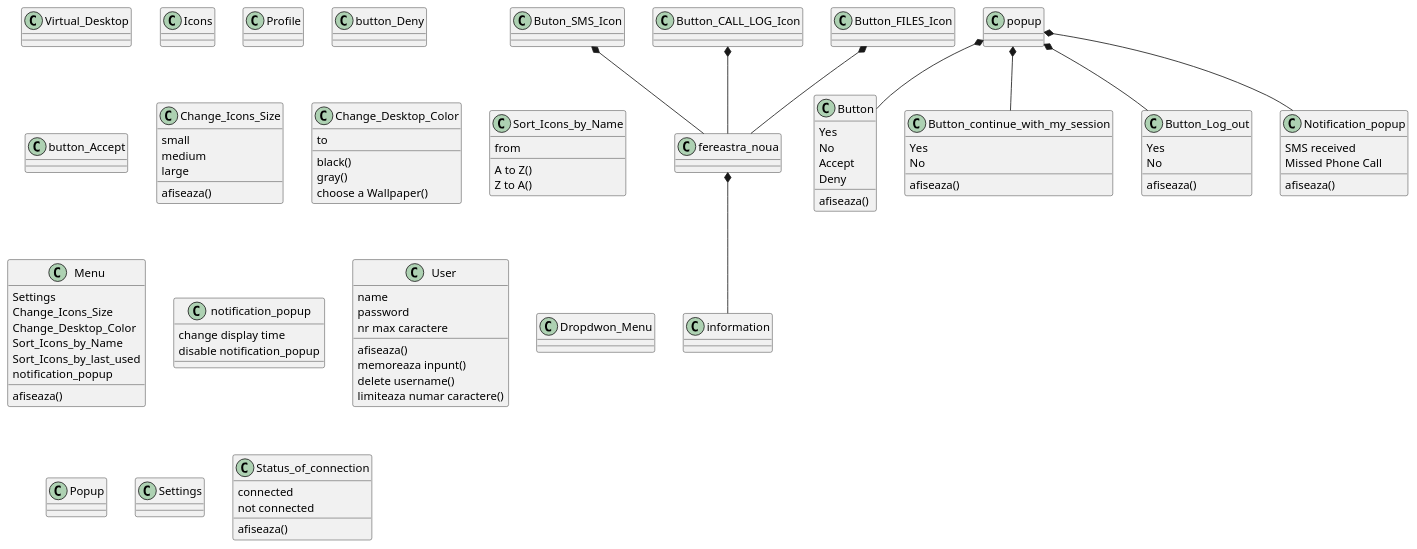
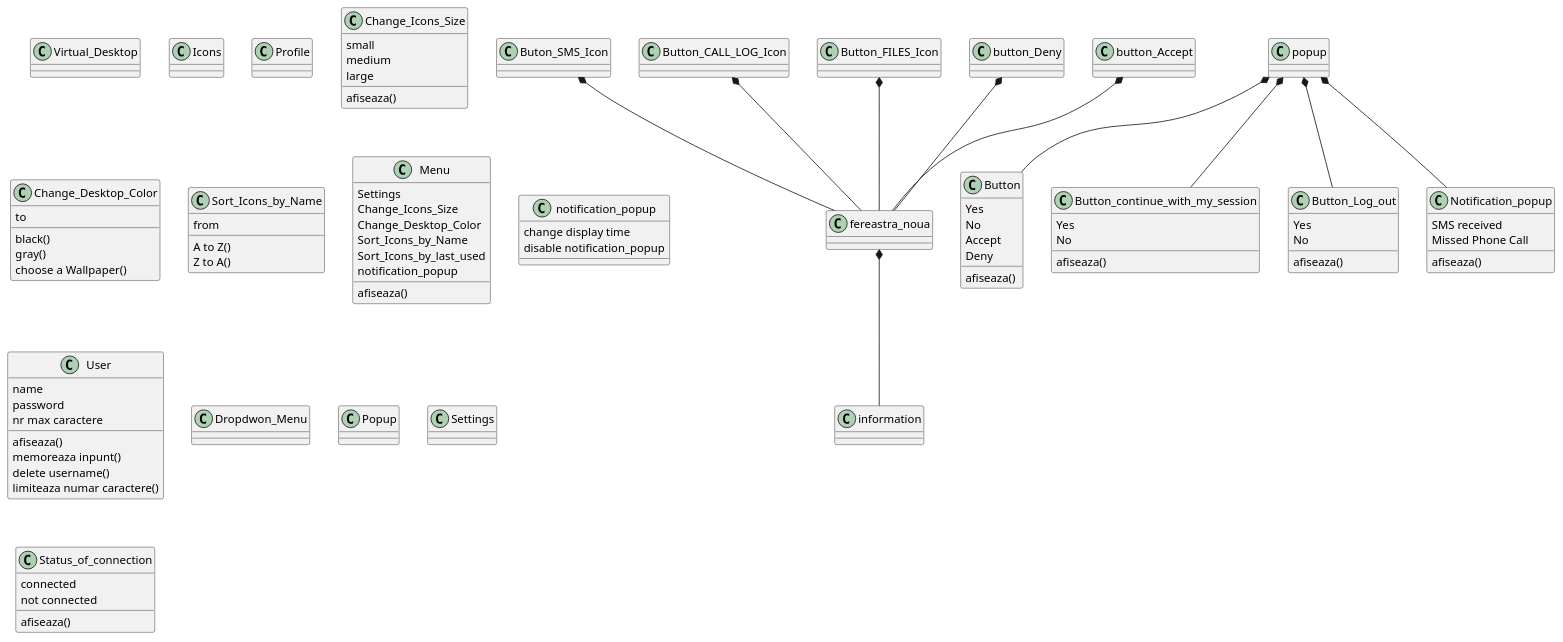
The diagram in Class Diagram.puml (ofrasia/Remote_Phone_App_1), drawn with PlantUML before and after one commit.

Commit message:
Class Diagram update

```diff
--- a/Class Diagram.puml
+++ b/Class Diagram.puml
@@ -1,111 +1,113 @@
 @startuml
 class Virtual_Desktop {
 }
 class Icons {
 }
 class Buton_SMS_Icon {
 }
 class Button_CALL_LOG_Icon {
 }
 class Button_FILES_Icon {
 }
 class Profile {
 }
 class button_Deny {
 }
 class button_Accept
 popup *-- Button
 popup *-- Button_continue_with_my_session
 popup *-- Button_Log_out
 popup *-- Notification_popup
 
 class Button_Log_out {
 afiseaza()
 Yes
 No
 }
 class Button_continue_with_my_session {
 afiseaza()
 Yes
 No
 }
 
 class Change_Icons_Size {
 small
 medium
 large
 afiseaza()
 }
 
 class Change_Desktop_Color {
 to
 black()
 gray()
 choose a Wallpaper()
 }
 
 class Sort_Icons_by_Name {
 from
 A to Z()
 Z to A()
 }
 
 class Menu{
 Settings
 afiseaza()
 Change_Icons_Size
 Change_Desktop_Color
 Sort_Icons_by_Name
 Sort_Icons_by_last_used
 notification_popup
 }
 
 
 class notification_popup {
 change display time
 disable notification_popup
 }
 
 class User {
 name
 password
 nr max caractere
 afiseaza()
 memoreaza inpunt()
 delete username()
 limiteaza numar caractere()
 }
 class Dropdwon_Menu {
 }
 class Popup {
 
 }
 class Settings {
 }
 class Status_of_connection {
 connected
 not connected
 afiseaza()
 }
 class fereastra_noua {
 }
 class Button {
 Yes
 No
 Accept
 Deny
 afiseaza()
 }
 
 class Notification_popup {
 SMS received
 Missed Phone Call
 afiseaza()
 }
 class information
 fereastra_noua *-- information
 Buton_SMS_Icon *-- fereastra_noua
 Button_CALL_LOG_Icon *-- fereastra_noua
 Button_FILES_Icon *-- fereastra_noua
+button_Accept *-- fereastra_noua
+button_Deny *-- fereastra_noua
 
 @enduml
```
